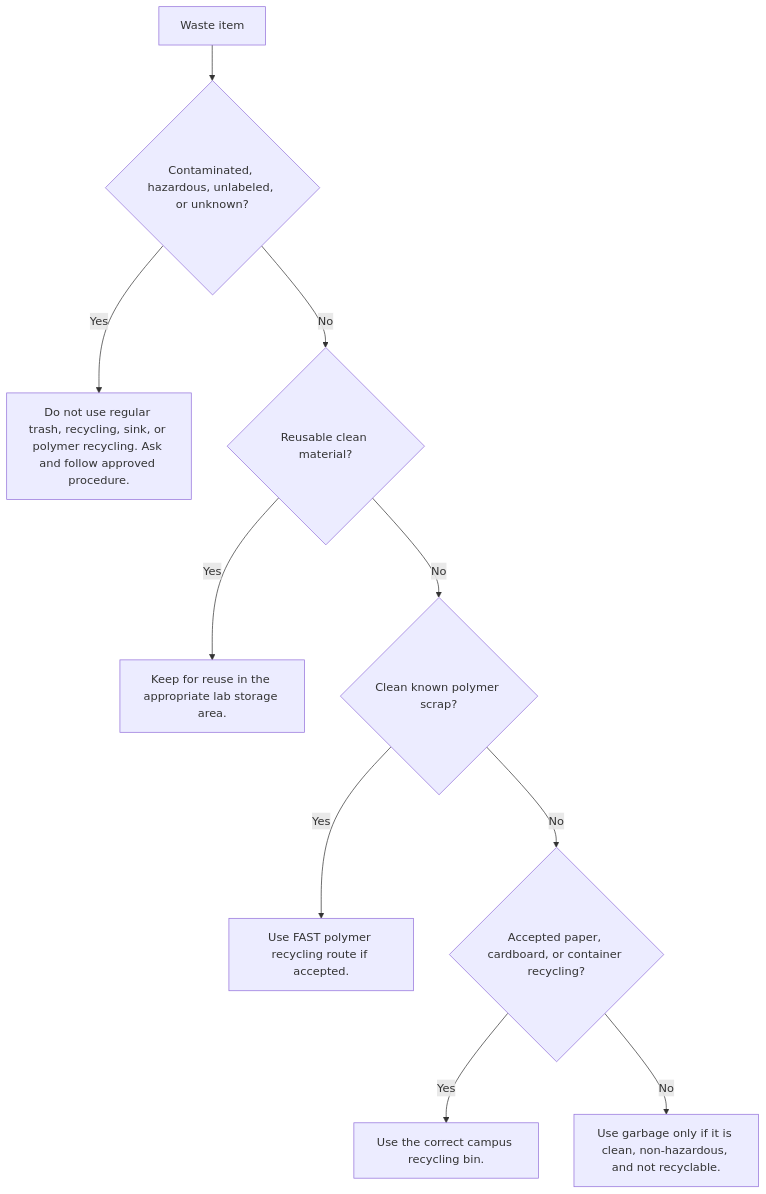
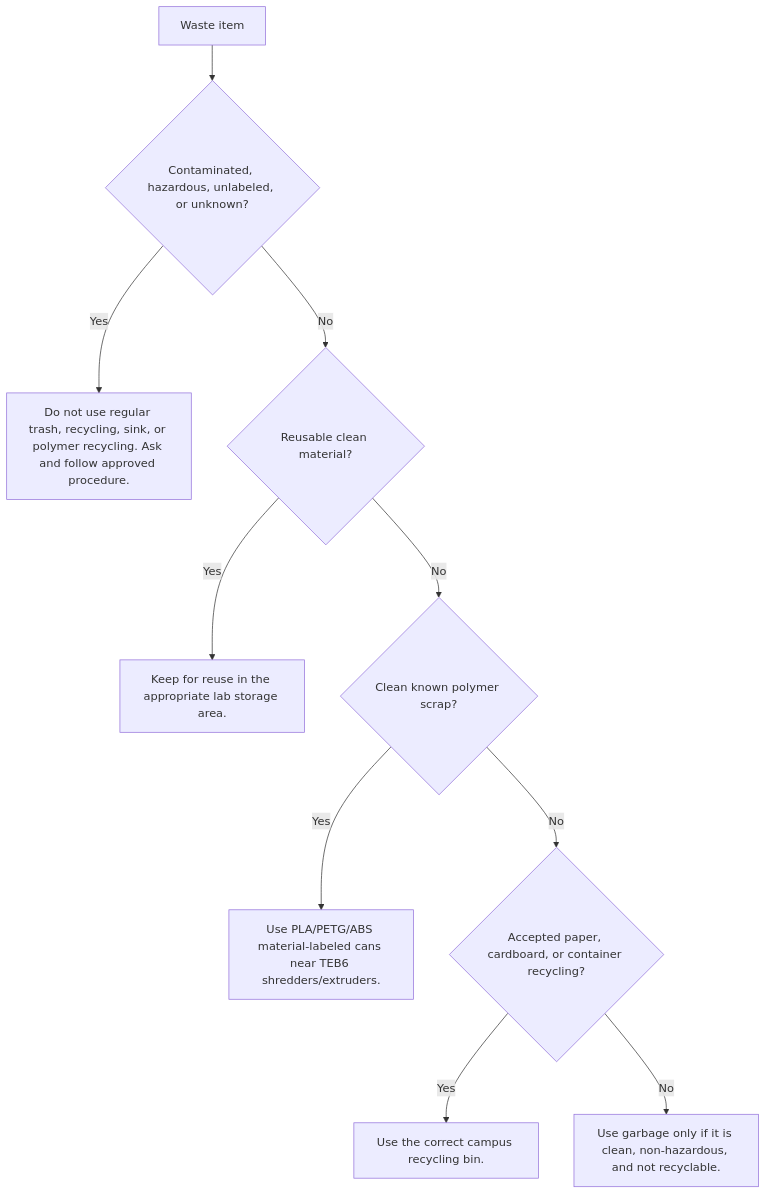
One commit to uwo-fast/uwo-fast changed the diagram in lab-signs/waste-disposal.md. Above: the diagram before and after it, drawn with Mermaid. The commit also changed other lines of this file and 17 other files, not shown here.

````diff
--- a/lab-signs/waste-disposal.md
+++ b/lab-signs/waste-disposal.md
@@ -18,12 +18,12 @@
 ```mermaid
 flowchart TD
     A[Waste item] --> B{Contaminated, hazardous, unlabeled, or unknown?}
     B -->|Yes| C[Do not use regular trash, recycling, sink, or polymer recycling. Ask and follow approved procedure.]
     B -->|No| D{Reusable clean material?}
     D -->|Yes| E[Keep for reuse in the appropriate lab storage area.]
     D -->|No| F{Clean known polymer scrap?}
-    F -->|Yes| G[Use FAST polymer recycling route if accepted.]
+    F -->|Yes| G[Use PLA/PETG/ABS material-labeled cans near TEB6 shredders/extruders.]
     F -->|No| H{Accepted paper, cardboard, or container recycling?}
     H -->|Yes| I[Use the correct campus recycling bin.]
     H -->|No| J[Use garbage only if it is clean, non-hazardous, and not recyclable.]
 ```
````
